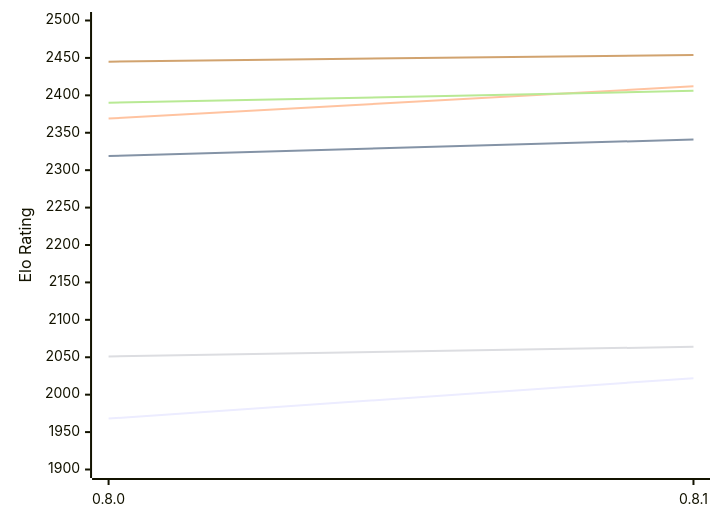
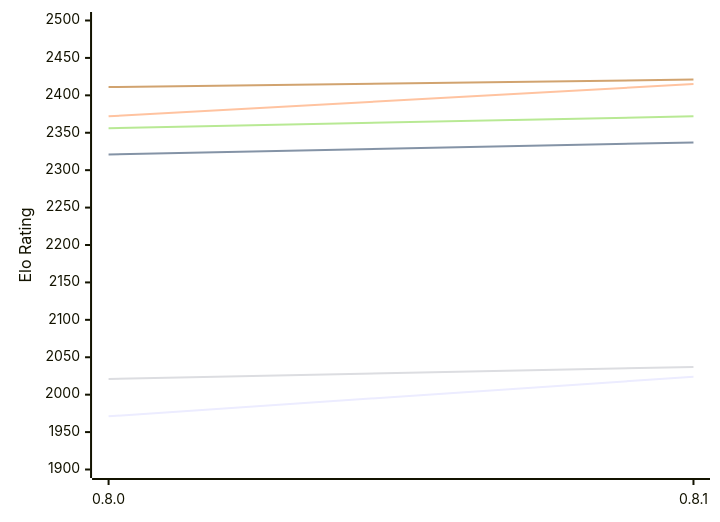
Before and after one commit to computer-chess-index/cci: the diagram in engines/LittleWing.md, drawn with Mermaid. The commit also changed other lines of this file, not shown here.

Commit message:
Update CCI Ratings (ELO VLTC) - 2026-10-23

````diff
--- a/engines/LittleWing.md
+++ b/engines/LittleWing.md
@@ -49,12 +49,12 @@
 ```mermaid
 %%{init: {"theme":"base","themeVariables":{"seriesColors:['#a3a3a3','#222221','#faa371']}}}%%
 xychart-beta
   x-axis ["0.8.0", "0.8.1"]
   y-axis "Elo Rating" 1900 --> 2500
-  line "E1: STC (8.0+0.08s)" [1968, 2022]
-  line "E1: LTC (60.0+0.60s)" [2319, 2341]
-  line "E1: VLTC (2m24s+1.12s)" [2369, 2412]
-  line "P1: STC (8.0+0.08s)" [2051, 2064]
-  line "P1: LTC (60.0+0.60s)" [2390, 2406]
-  line "P1: VLTC (2m24s+1.12s)" [2445, 2454]
+  line "E1: STC (8.0+0.08s)" [1971, 2024]
+  line "E1: LTC (60.0+0.60s)" [2321, 2337]
+  line "E1: VLTC (2m24s+1.12s)" [2372, 2415]
+  line "P1: STC (8.0+0.08s)" [2021, 2037]
+  line "P1: LTC (60.0+0.60s)" [2356, 2372]
+  line "P1: VLTC (2m24s+1.12s)" [2411, 2421]
 ```
````
